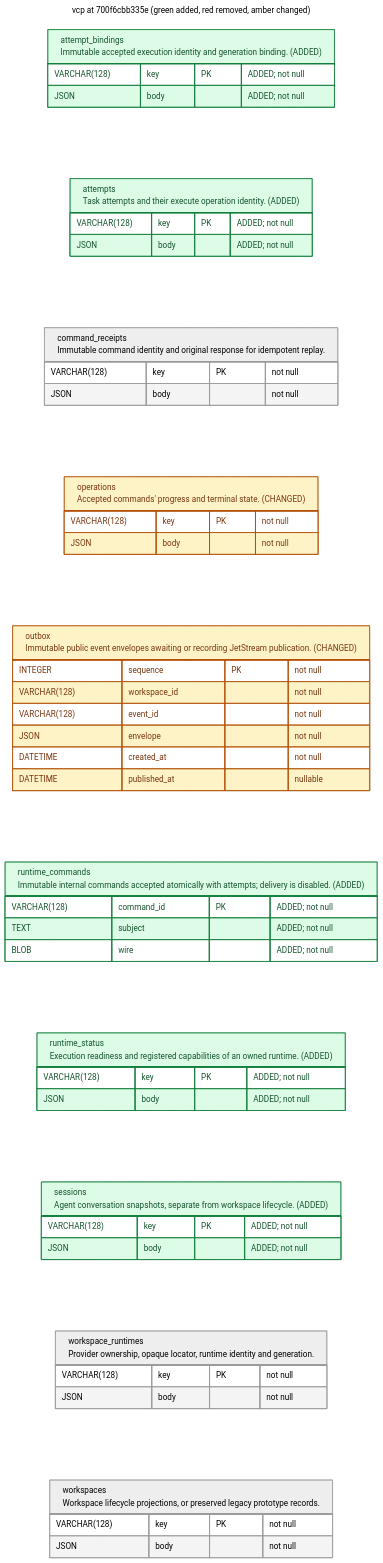
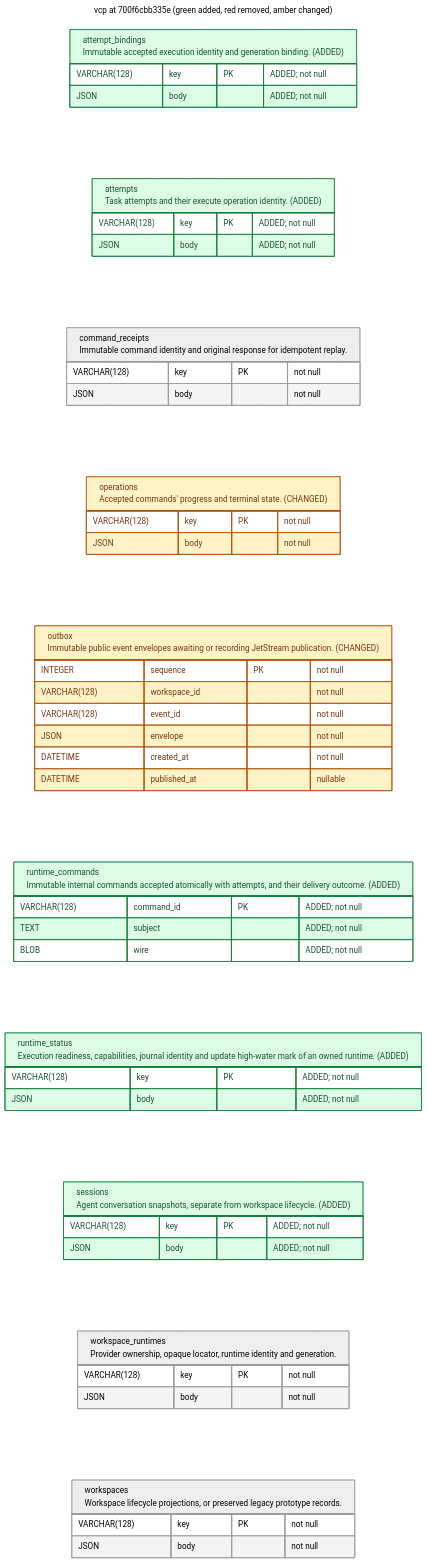
Before and after one commit to OpenEngine/OpenEngine: the diagram in v2/docs/schema/vcp/700f6cbb335e.mermaid, drawn with Mermaid. The commit also changed 41 other files, not shown here.

```diff
--- a/v2/docs/schema/vcp/700f6cbb335e.mermaid
+++ b/v2/docs/schema/vcp/700f6cbb335e.mermaid
@@ -1,65 +1,65 @@
 ---
 title: vcp at 700f6cbb335e (green added, red removed, amber changed)
 config:
   theme: neutral
 ---
 erDiagram
     direction LR
     %% REMOVED tables/columns are tombstones, absent from this revision's schema.
     %% Column changes include type, nullability, default and key membership.
     %% Table changes also include indexes and constraints.
     classDef added fill:#dcfce7,stroke:#15803d,color:#14532d
     classDef removed fill:#fee2e2,stroke:#b91c1c,color:#7f1d1d
     classDef changed fill:#fef3c7,stroke:#b45309,color:#78350f
     attempt_bindings["attempt_bindings<br/>Immutable accepted execution identity and generation binding. (ADDED)"] {
         VARCHAR(128) key PK "ADDED; not null"
         JSON body "ADDED; not null"
     }
     class attempt_bindings added
     attempts["attempts<br/>Task attempts and their execute operation identity. (ADDED)"] {
         VARCHAR(128) key PK "ADDED; not null"
         JSON body "ADDED; not null"
     }
     class attempts added
     command_receipts["command_receipts<br/>Immutable command identity and original response for idempotent replay."] {
         VARCHAR(128) key PK "not null"
         JSON body "not null"
     }
     operations["operations<br/>Accepted commands' progress and terminal state. (CHANGED)"] {
         VARCHAR(128) key PK "not null"
         JSON body "not null"
     }
     class operations changed
     outbox["outbox<br/>Immutable public event envelopes awaiting or recording JetStream publication. (CHANGED)"] {
         INTEGER sequence PK "not null"
         VARCHAR(128) workspace_id "not null"
         VARCHAR(128) event_id "not null"
         JSON envelope "not null"
         DATETIME created_at "not null"
         DATETIME published_at "nullable"
     }
     class outbox changed
-    runtime_commands["runtime_commands<br/>Immutable internal commands accepted atomically with attempts; delivery is disabled. (ADDED)"] {
+    runtime_commands["runtime_commands<br/>Immutable internal commands accepted atomically with attempts, and their delivery outcome. (ADDED)"] {
         VARCHAR(128) command_id PK "ADDED; not null"
         TEXT subject "ADDED; not null"
         BLOB wire "ADDED; not null"
     }
     class runtime_commands added
-    runtime_status["runtime_status<br/>Execution readiness and registered capabilities of an owned runtime. (ADDED)"] {
+    runtime_status["runtime_status<br/>Execution readiness, capabilities, journal identity and update high-water mark of an owned runtime. (ADDED)"] {
         VARCHAR(128) key PK "ADDED; not null"
         JSON body "ADDED; not null"
     }
     class runtime_status added
     sessions["sessions<br/>Agent conversation snapshots, separate from workspace lifecycle. (ADDED)"] {
         VARCHAR(128) key PK "ADDED; not null"
         JSON body "ADDED; not null"
     }
     class sessions added
     workspace_runtimes["workspace_runtimes<br/>Provider ownership, opaque locator, runtime identity and generation."] {
         VARCHAR(128) key PK "not null"
         JSON body "not null"
     }
     workspaces["workspaces<br/>Workspace lifecycle projections, or preserved legacy prototype records."] {
         VARCHAR(128) key PK "not null"
         JSON body "not null"
     }
```
